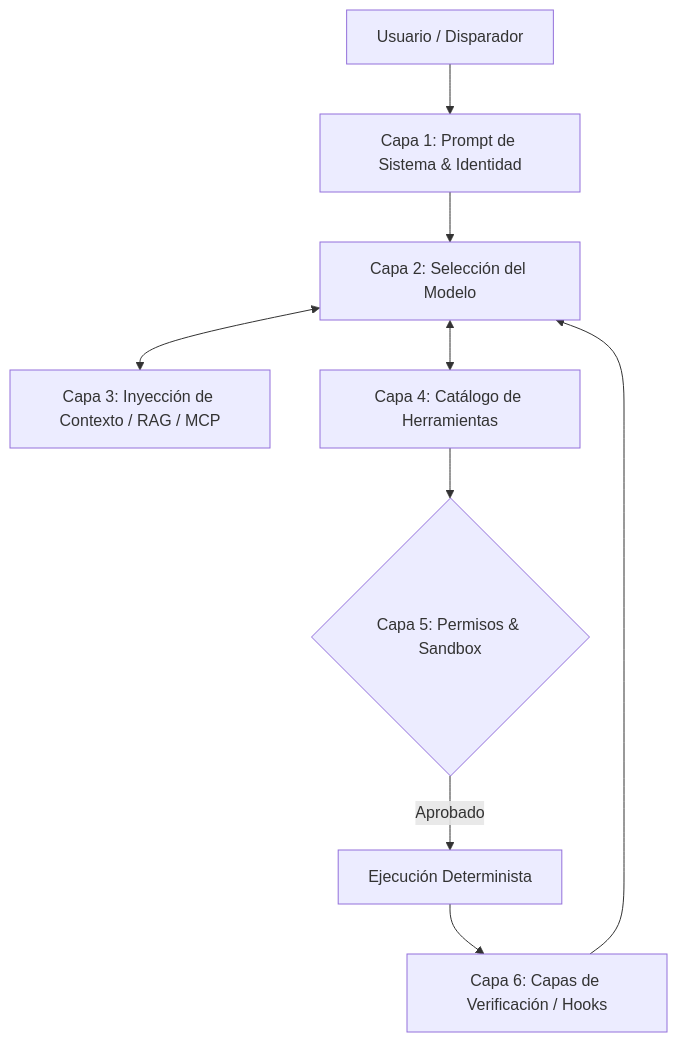
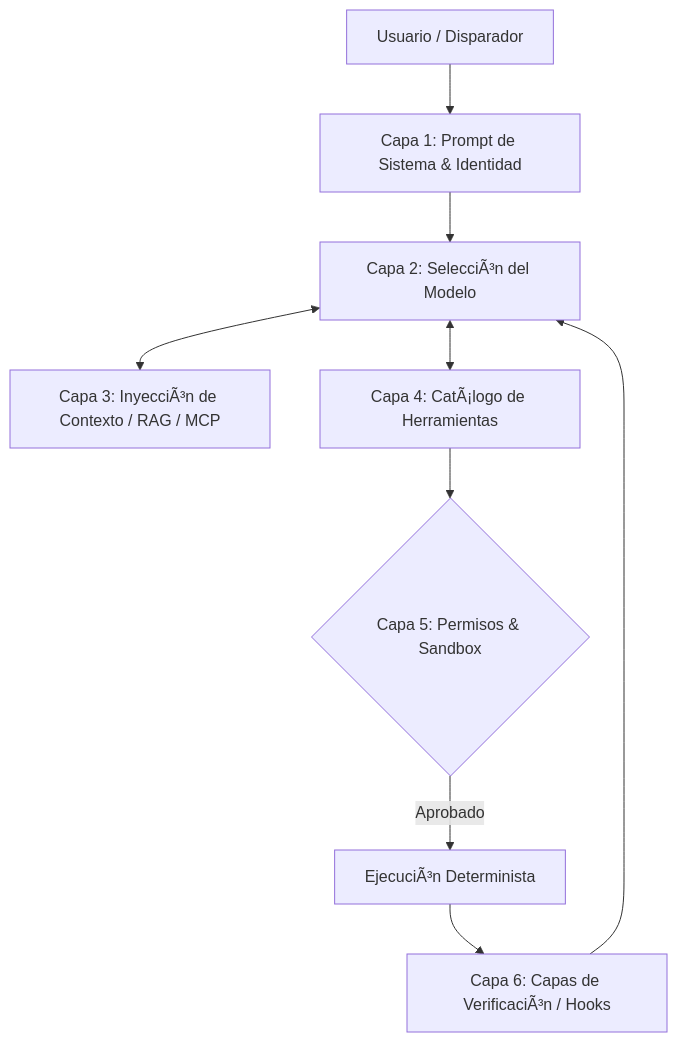
One commit to beyondnetcode/arc32_nodejs_progresive_monolith changed the diagram in governance/standards-es/ai-augmented/01-harness-engineering/harness-reference.md. Above: the diagram before and after it, drawn with Mermaid. The commit also changed other lines of this file and 303 other files, not shown here.

````diff
--- a/governance/standards-es/ai-augmented/01-harness-engineering/harness-reference.md
+++ b/governance/standards-es/ai-augmented/01-harness-engineering/harness-reference.md
@@ -10,11 +10,11 @@
 ```mermaid
 graph TD
     A[Usuario / Disparador] --> B[Capa 1: Prompt de Sistema & Identidad]
-    B --> C[Capa 2: Selección del Modelo]
-    C <--> D[Capa 3: Inyección de Contexto / RAG / MCP]
-    C <--> E[Capa 4: Catálogo de Herramientas]
+    B --> C[Capa 2: SelecciÃ³n del Modelo]
+    C <--> D[Capa 3: InyecciÃ³n de Contexto / RAG / MCP]
+    C <--> E[Capa 4: CatÃ¡logo de Herramientas]
     E --> F{Capa 5: Permisos & Sandbox}
-    F -- Aprobado --> G[Ejecución Determinista]
-    G --> H[Capa 6: Capas de Verificación / Hooks]
+    F -- Aprobado --> G[EjecuciÃ³n Determinista]
+    G --> H[Capa 6: Capas de VerificaciÃ³n / Hooks]
     H --> C
 ```
````
